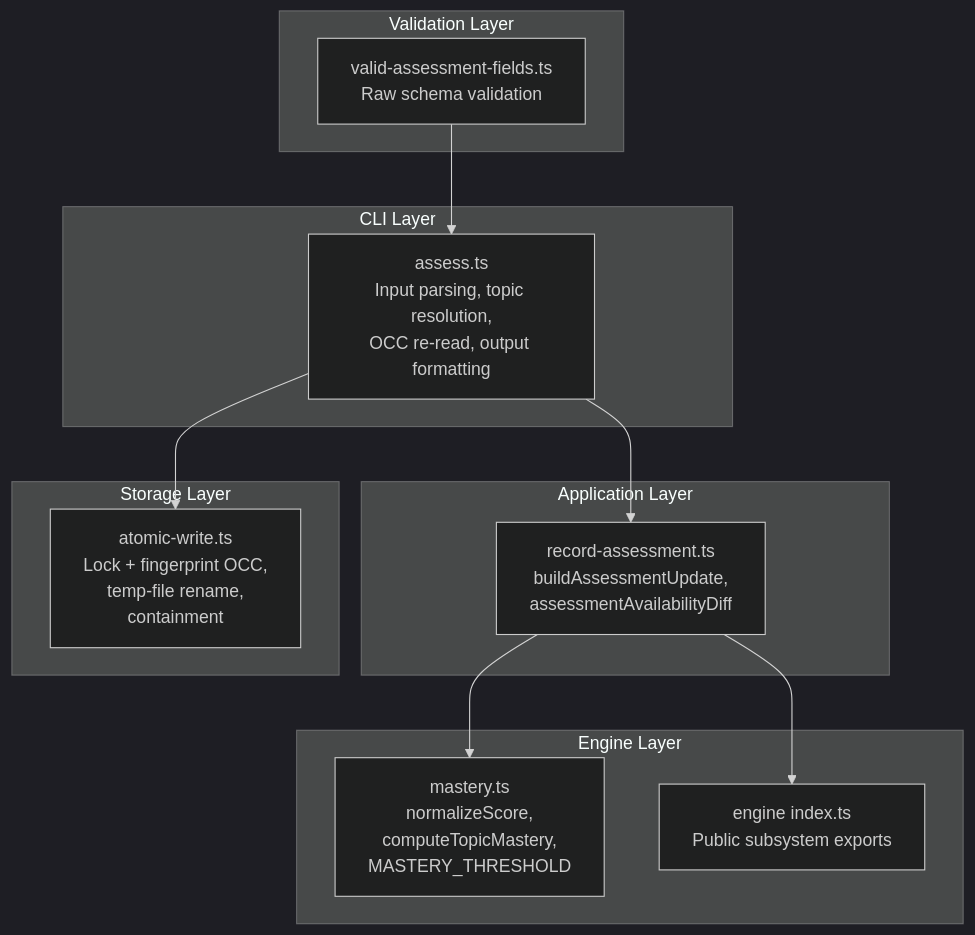
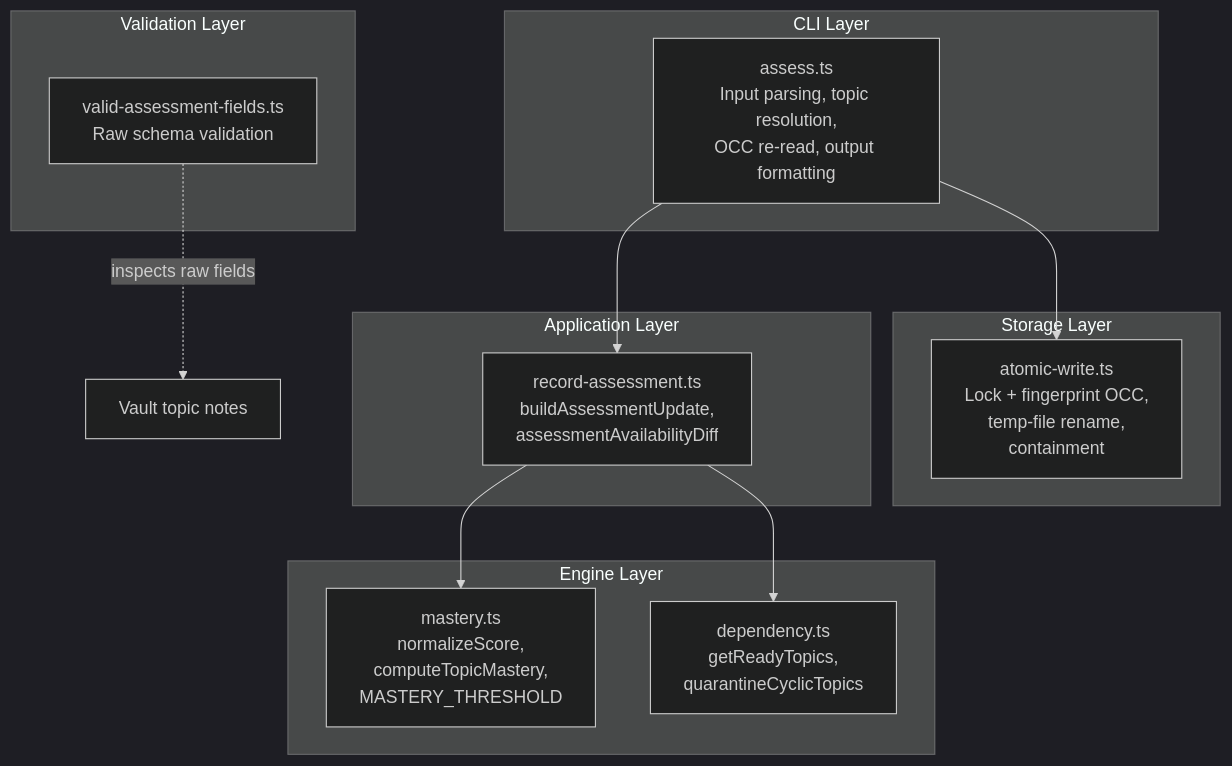
Before and after one commit to Kuldeep2822k/palee-architecture: the first of 8 diagrams in Application Layer/Assessment Recording Workflow.md, drawn with Mermaid (dark theme). The commit also changed other lines of this file and 6 other files, not shown here.

Commit message:
docs(application): remove phantom engine-index layer, fix mastery and readiness claims

````diff
--- a/Application Layer/Assessment Recording Workflow.md
+++ b/Application Layer/Assessment Recording Workflow.md
@@ -42,29 +42,29 @@
 ```mermaid
 graph TB
     subgraph "CLI Layer"
         CLI["assess.ts<br/>Input parsing, topic resolution,<br/>OCC re-read, output formatting"]
     end
 
     subgraph "Application Layer"
         APP["record-assessment.ts<br/>buildAssessmentUpdate,<br/>assessmentAvailabilityDiff"]
     end
 
     subgraph "Engine Layer"
         MASTERY["mastery.ts<br/>normalizeScore,<br/>computeTopicMastery,<br/>MASTERY_THRESHOLD"]
-        ENGINE_INDEX["engine index.ts<br/>Public subsystem exports"]
+        DEPENDENCY["dependency.ts<br/>getReadyTopics,<br/>quarantineCyclicTopics"]
     end
 
     subgraph "Storage Layer"
         ATOMIC["atomic-write.ts<br/>Lock + fingerprint OCC,<br/>temp-file rename,<br/>containment"]
     end
 
     subgraph "Validation Layer"
         RULES["valid-assessment-fields.ts<br/>Raw schema validation"]
     end
 
     CLI --> APP
     APP --> MASTERY
-    APP --> ENGINE_INDEX
+    APP --> DEPENDENCY
     CLI --> ATOMIC
-    RULES --> CLI
+    RULES -. "inspects raw fields" .-> VaultNotes["Vault topic notes"]
 ```
````
